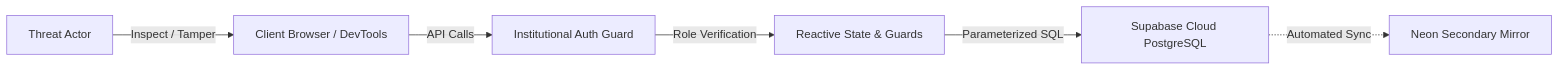
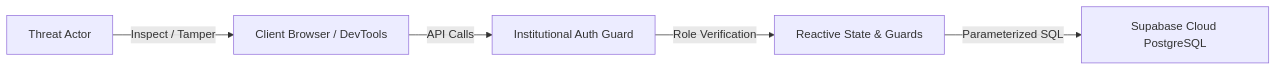
The diagram in SECURITY.md (simplyvardaan/cicr_inventory_), drawn with Mermaid before and after one commit. The commit also changed 17 other files, not shown here.

````diff
--- a/SECURITY.md
+++ b/SECURITY.md
@@ -23,15 +23,13 @@
 ```mermaid
 flowchart LR
     Attacker["Threat Actor"]
     Browser["Client Browser / DevTools"]
     AuthGate["Institutional Auth Guard"]
     StateLayer["Reactive State & Guards"]
     Supabase["Supabase Cloud PostgreSQL"]
-    Neon["Neon Secondary Mirror"]
 
     Attacker -->|Inspect / Tamper| Browser
     Browser -->|API Calls| AuthGate
     AuthGate -->|Role Verification| StateLayer
     StateLayer -->|Parameterized SQL| Supabase
-    Supabase -.->|Automated Sync| Neon
 ```
````
